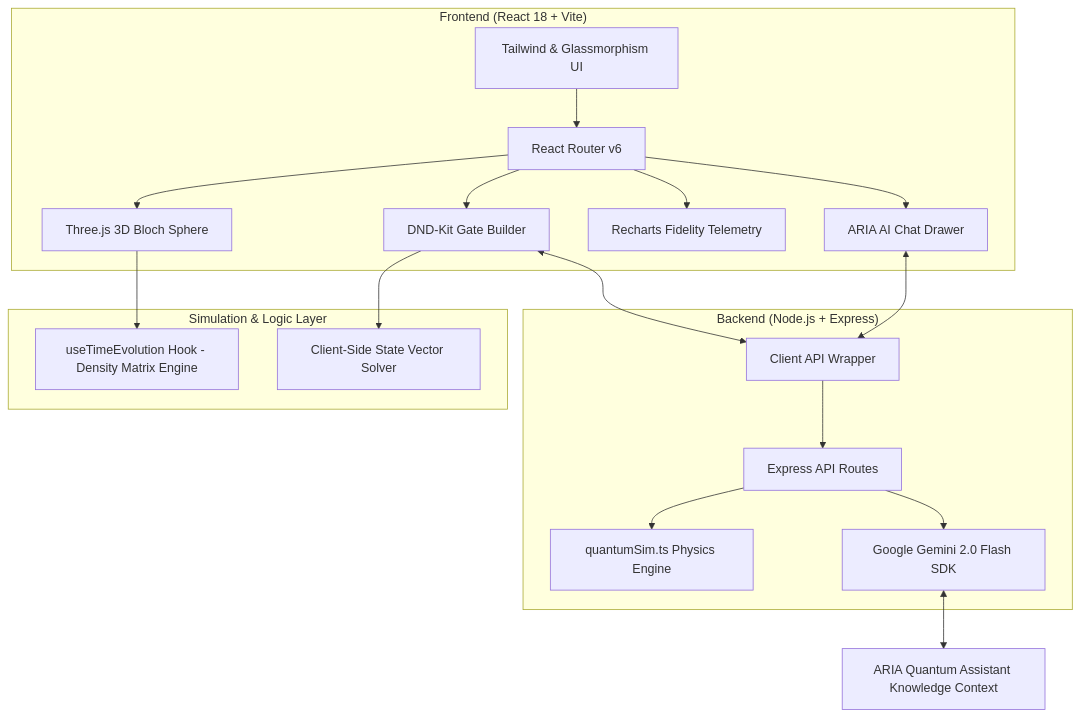
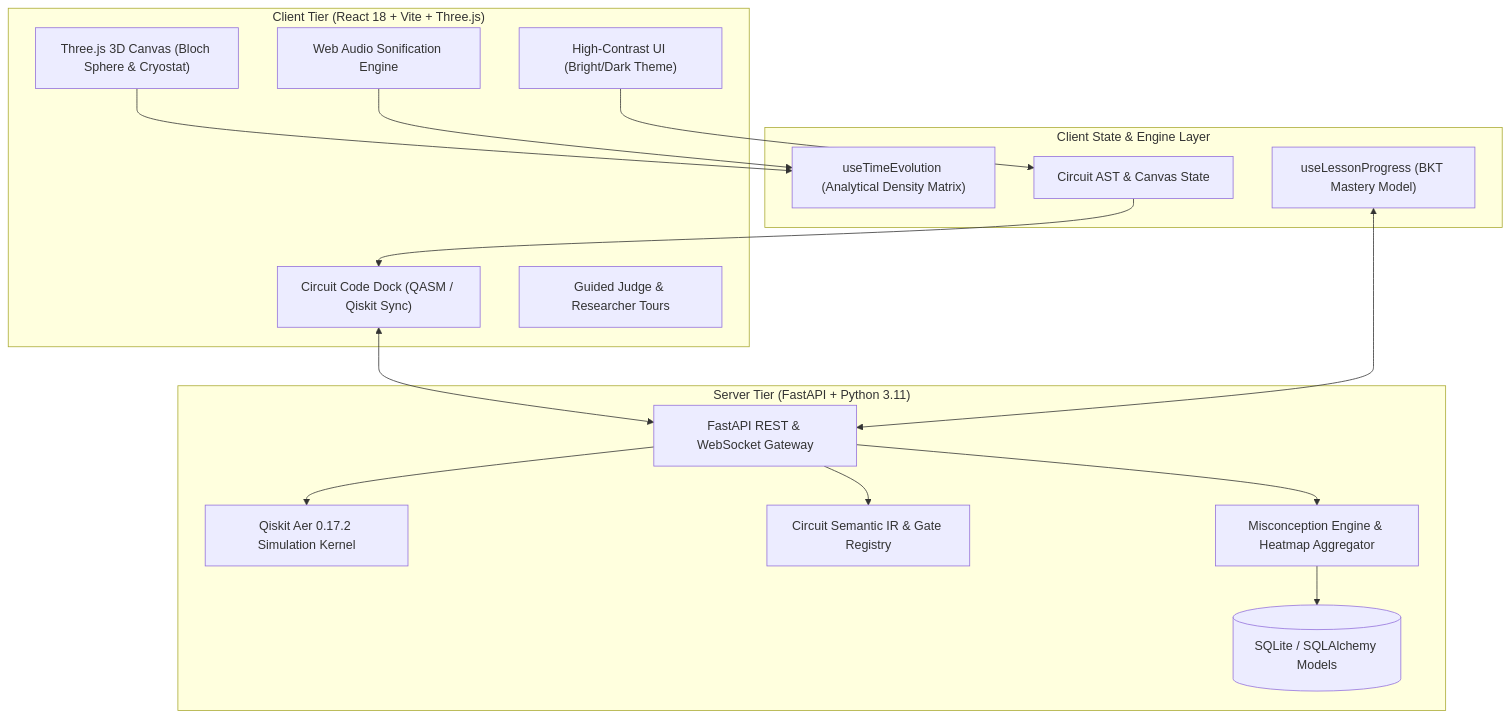
The diagram in README.md (NVNAGATHARUN/quantum-fragility-playground), drawn with Mermaid before and after one commit. The commit also changed other lines of this file, not shown here.

Commit message:
docs: overhaul README with top-level SIH-26140 presentation, architecture, and benchmarks

````diff
--- a/README.md
+++ b/README.md
@@ -100,25 +120,35 @@
 ```mermaid
-flowchart TD
-    subgraph Client ["Frontend (React 18 + Vite)"]
-        UI[Tailwind & Glassmorphism UI] --> Router[React Router v6]
-        Router --> Bloch[Three.js 3D Bloch Sphere]
-        Router --> Builder[DND-Kit Gate Builder]
-        Router --> Graph[Recharts Fidelity Telemetry]
-        Router --> TutorUI[ARIA AI Chat Drawer]
+flowchart TB
+    subgraph Client ["Client Tier (React 18 + Vite + Three.js)"]
+        UI["High-Contrast UI (Bright/Dark Theme)"]
+        Three["Three.js 3D Canvas (Bloch Sphere & Cryostat)"]
+        Dock["Circuit Code Dock (QASM / Qiskit Sync)"]
+        Audio["Web Audio Sonification Engine"]
+        Tour["Guided Judge & Researcher Tours"]
     end
 
-    subgraph Engine ["Simulation & Logic Layer"]
-        Bloch --> SimHook[useTimeEvolution Hook - Density Matrix Engine]
-        Builder --> StateSim[Client-Side State Vector Solver]
+    subgraph State ["Client State & Engine Layer"]
+        SimHook["useTimeEvolution (Analytical Density Matrix)"]
+        Mastery["useLessonProgress (BKT Mastery Model)"]
+        StudioState["Circuit AST & Canvas State"]
     end
 
-    subgraph Server ["Backend (Node.js + Express)"]
-        APIClient[Client API Wrapper] --> Express[Express API Routes]
-        Express --> QuantumSim[quantumSim.ts Physics Engine]
-        Express --> Gemini[Google Gemini 2.0 Flash SDK]
+    subgraph Backend ["Server Tier (FastAPI + Python 3.11)"]
+        API["FastAPI REST & WebSocket Gateway"]
+        QiskitSim["Qiskit Aer 0.17.2 Simulation Kernel"]
+        IRValidator["Circuit Semantic IR & Gate Registry"]
+        Pedagogy["Misconception Engine & Heatmap Aggregator"]
+        DB[(SQLite / SQLAlchemy Models)]
     end
 
-    TutorUI <--> APIClient
-    Builder <--> APIClient
-    Gemini <--> ARIA[ARIA Quantum Assistant Knowledge Context]
+    UI --> StudioState
+    Three --> SimHook
+    Audio --> SimHook
+    StudioState --> Dock
+    Dock <--> API
+    API --> IRValidator
+    API --> QiskitSim
+    API --> Pedagogy
+    Pedagogy --> DB
+    Mastery <--> API
 ```
````
